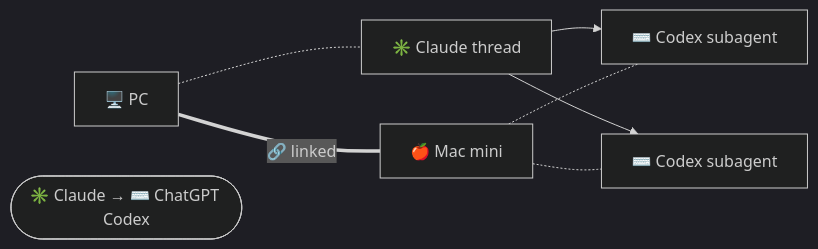
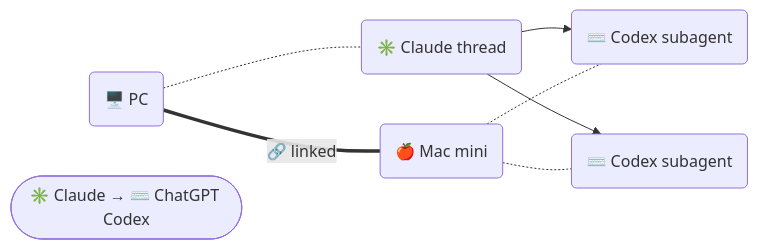
Diagram 11 of 13 in presentations/oh-my-harness/slides.md (sayjeyhi/talks), drawn with Mermaid before and after one commit. The commit also changed other lines of this file and 16 other files, not shown here.

````diff
--- a/presentations/oh-my-harness/slides.md
+++ b/presentations/oh-my-harness/slides.md
@@ -1746,11 +1631,10 @@
 ```mermaid
-%%{init: {"theme": "dark"}}%%
 flowchart LR
-    pc["🖥️ PC"] ===|🔗 linked| mini["🍎 Mac mini"]
-    claude["✳️ Claude thread"] --> c1["⌨️ Codex subagent"]
-    claude --> c2["⌨️ Codex subagent"]
+    pc("🖥️ PC") ===|🔗 linked| mini("🍎 Mac mini")
+    claude("✳️ Claude thread") --> c1("⌨️ Codex subagent")
+    claude --> c2("⌨️ Codex subagent")
     pc -.- claude
     mini -.- c1
     mini -.- c2
     note(["✳️ Claude → ⌨️ ChatGPT Codex"])
 ```
````
